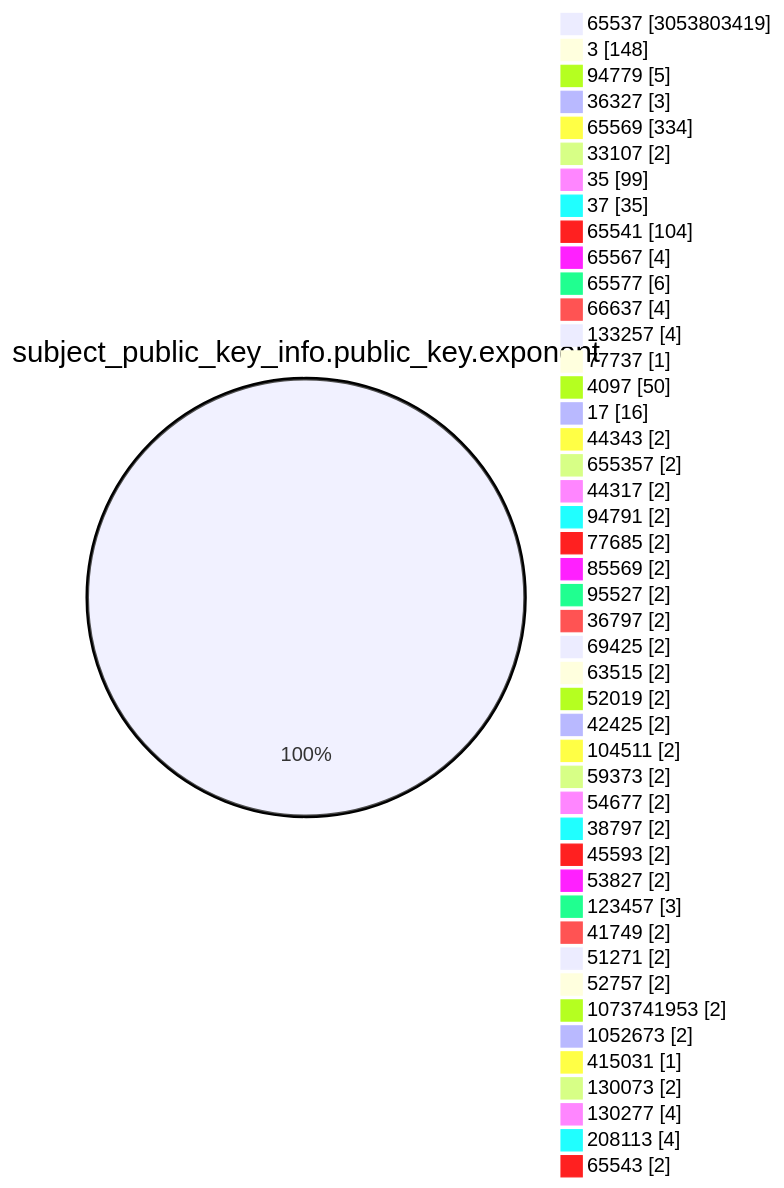
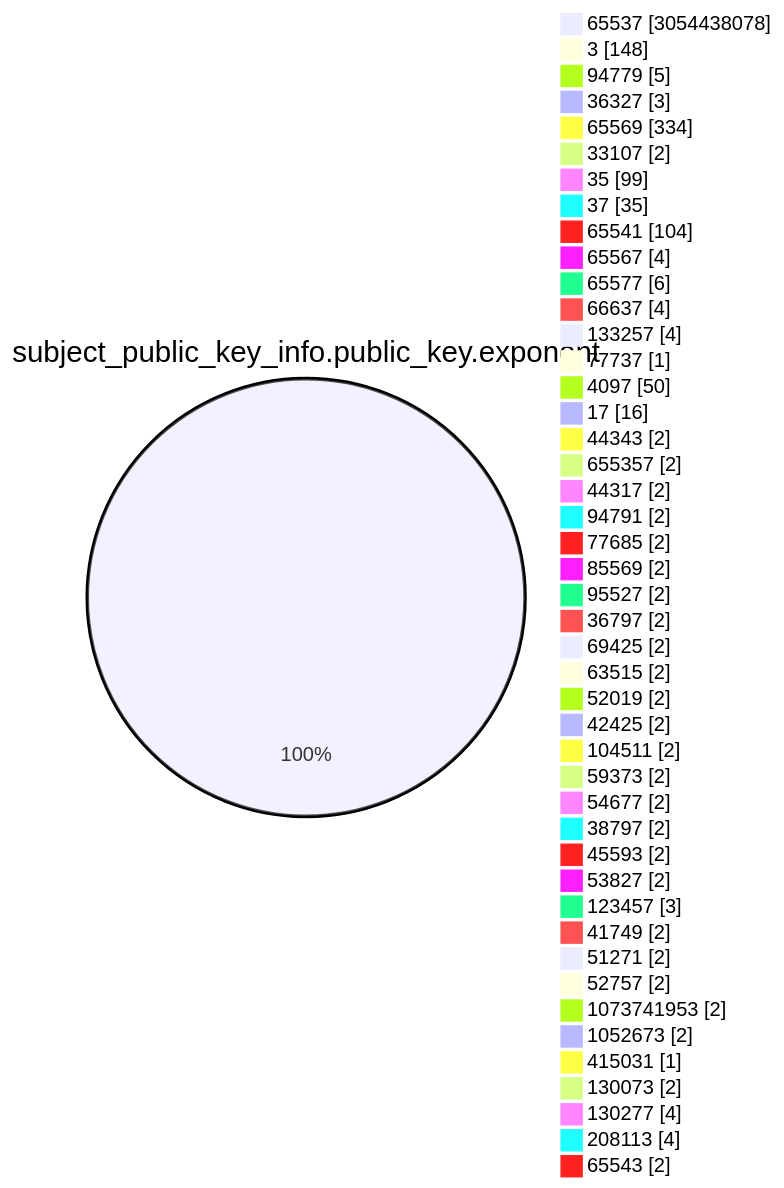
The fourth of 15 diagrams in TOTAL/README.md (christiankrug/ctmonitor_visualization), drawn with Mermaid before and after one commit. The commit also changed other lines of this file, not shown here.

````diff
--- a/TOTAL/README.md
+++ b/TOTAL/README.md
@@ -1473,49 +1473,49 @@
 ```mermaid
 pie showData
 title subject_public_key_info.public_key.exponent
-"65537" :3053803419
+"65537" :3054438078
 "3" :148
 "94779" :5
 "36327" :3
 "65569" :334
 "33107" :2
 "35" :99
 "37" :35
 "65541" :104
 "65567" :4
 "65577" :6
 "66637" :4
 "133257" :4
 "77737" :1
 "4097" :50
 "17" :16
 "44343" :2
 "655357" :2
 "44317" :2
 "94791" :2
 "77685" :2
 "85569" :2
 "95527" :2
 "36797" :2
 "69425" :2
 "63515" :2
 "52019" :2
 "42425" :2
 "104511" :2
 "59373" :2
 "54677" :2
 "38797" :2
 "45593" :2
 "53827" :2
 "123457" :3
 "41749" :2
 "51271" :2
 "52757" :2
 "1073741953" :2
 "1052673" :2
 "415031" :1
 "130073" :2
 "130277" :4
 "208113" :4
 "65543" :2
 ```
````
